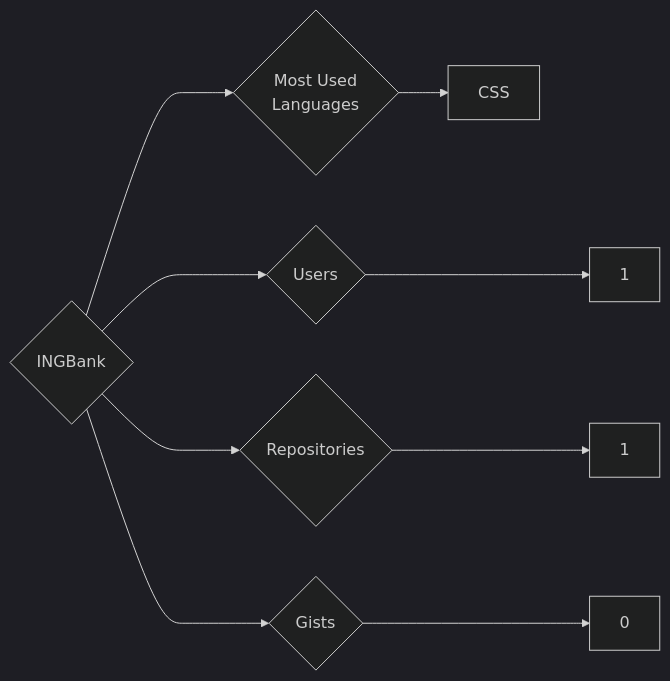
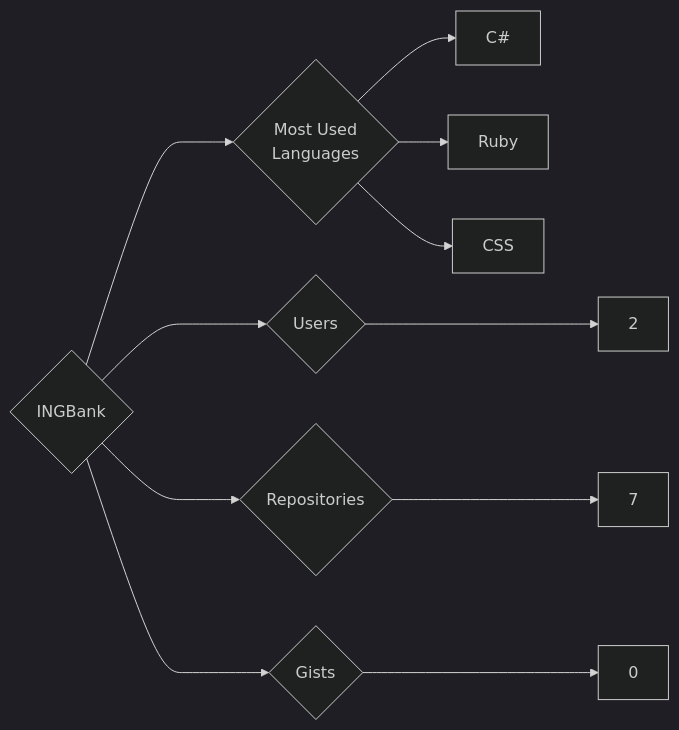
The diagram in targets/INGBank/README.md (trickest/insiders), drawn with Mermaid (dark theme) before and after one commit. The commit also changed 721 other files, not shown here.

````diff
--- a/targets/INGBank/README.md
+++ b/targets/INGBank/README.md
@@ -3,9 +3,11 @@
 ```mermaid
 graph LR
 COMPANY_NAME{INGBank}
-COMPANY_NAME ---> U{Users} ---> UN[1]
-COMPANY_NAME ---> R{Repositories} ---> RN[1]
+COMPANY_NAME ---> U{Users} ---> UN[2]
+COMPANY_NAME ---> R{Repositories} ---> RN[7]
 COMPANY_NAME ---> G{Gists} ---> GN[0]
 COMPANY_NAME ---> ML{Most Used<br>Languages}
+ML --> C#[C#]
+ML --> Ruby[Ruby]
 ML --> CSS[CSS]
 ```
````
